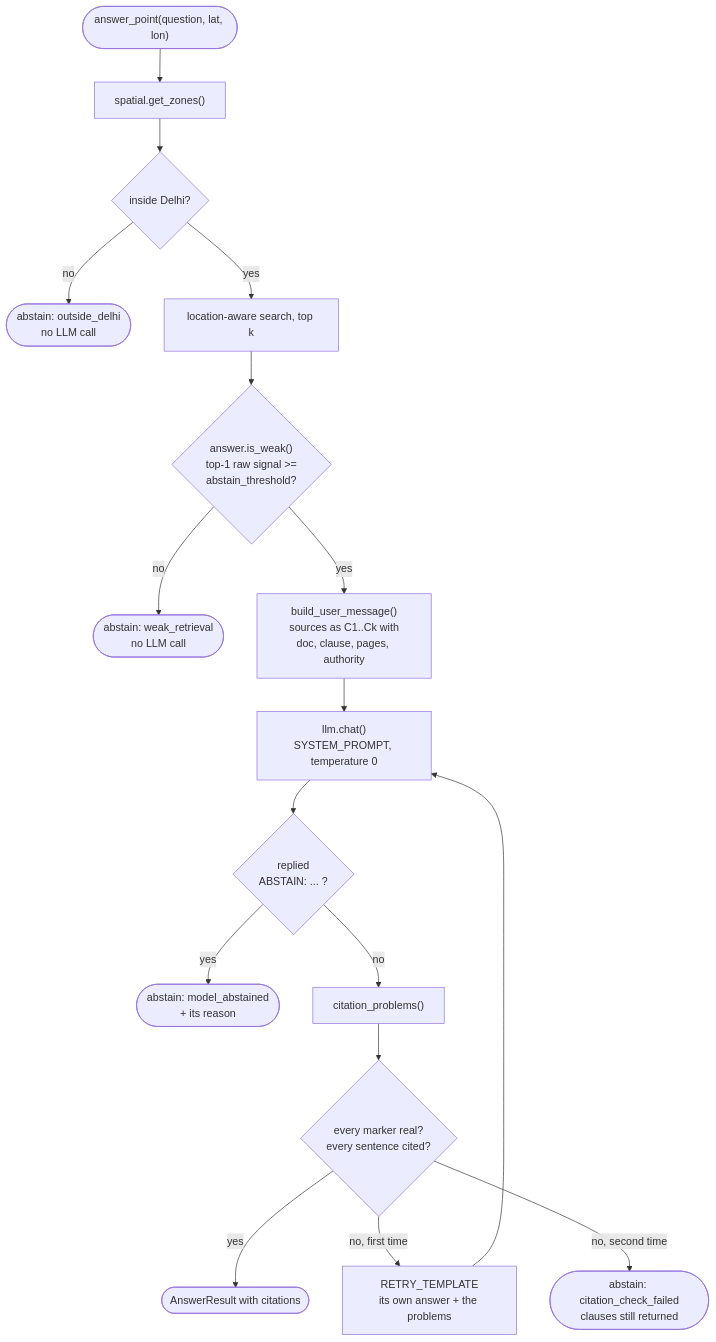
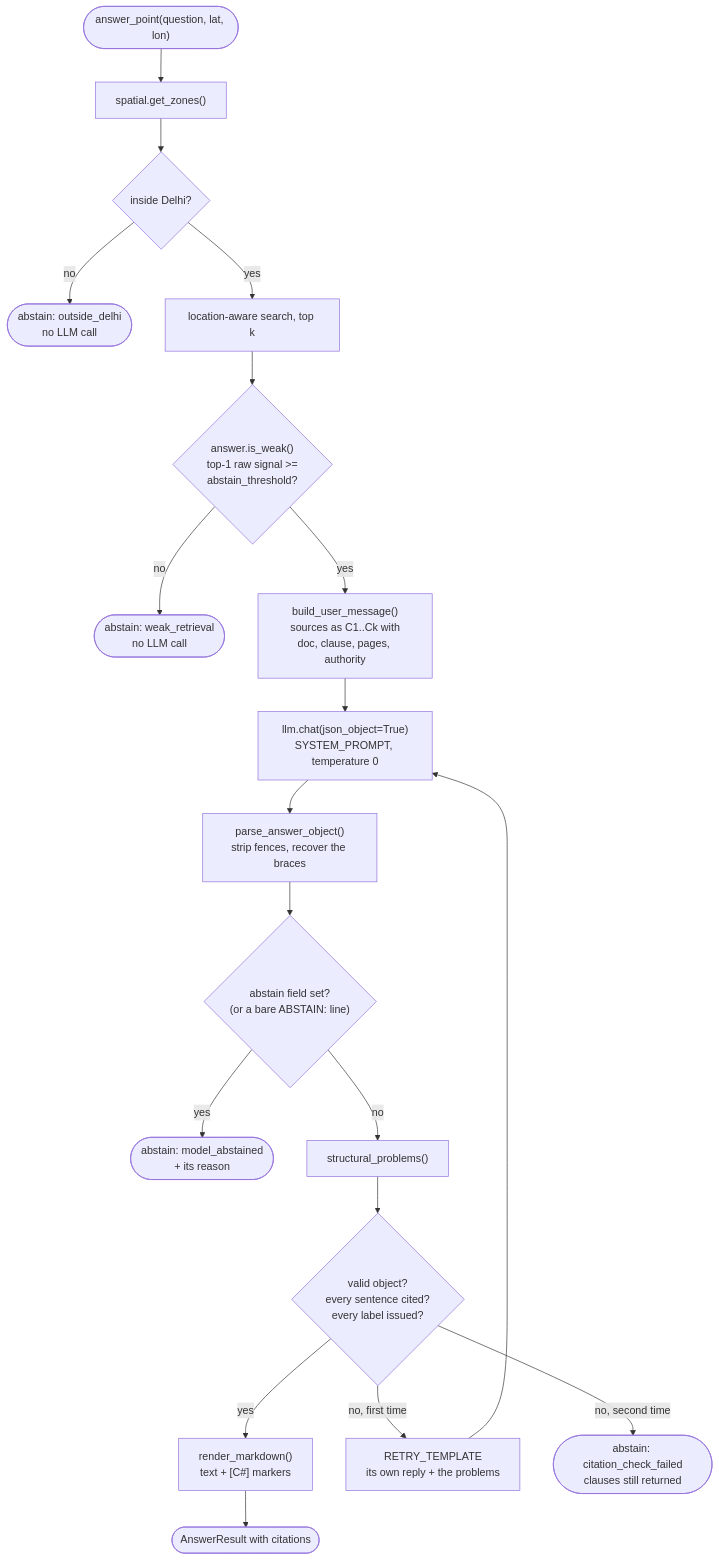
The fourth of 7 diagrams in docs/ARCHITECTURE.md (dhruv-ship-it/delhi-plan-rag), drawn with Mermaid before and after one commit. The commit also changed other lines of this file and 4 other files, not shown here.

First line of the commit message:
docs: architecture, learning notes and reports index for D-086 to D-090

````diff
--- a/docs/ARCHITECTURE.md
+++ b/docs/ARCHITECTURE.md
@@ -262,19 +282,21 @@
 ```mermaid
 flowchart TB
     ASK(["answer_point(question, lat, lon)"]) --> Z["spatial.get_zones()"]
     Z --> INDELHI{"inside Delhi?"}
     INDELHI -->|no| A1(["abstain: outside_delhi<br/>no LLM call"])
     INDELHI -->|yes| SEARCH["location-aware search, top k"]
     SEARCH --> WEAK{"answer.is_weak()<br/>top-1 raw signal >=<br/>abstain_threshold?"}
     WEAK -->|no| A2(["abstain: weak_retrieval<br/>no LLM call"])
     WEAK -->|yes| PROMPT["build_user_message()<br/>sources as C1..Ck with<br/>doc, clause, pages, authority"]
-    PROMPT --> CALL["llm.chat()<br/>SYSTEM_PROMPT, temperature 0"]
-    CALL --> SAID{"replied<br/>ABSTAIN: ... ?"}
+    PROMPT --> CALL["llm.chat(json_object=True)<br/>SYSTEM_PROMPT, temperature 0"]
+    CALL --> PARSE["parse_answer_object()<br/>strip fences, recover the braces"]
+    PARSE --> SAID{"abstain field set?<br/>(or a bare ABSTAIN: line)"}
     SAID -->|yes| A3(["abstain: model_abstained<br/>+ its reason"])
-    SAID -->|no| CHECK["citation_problems()"]
-    CHECK --> OK{"every marker real?<br/>every sentence cited?"}
-    OK -->|yes| GOOD(["AnswerResult with citations"])
-    OK -->|"no, first time"| RETRY["RETRY_TEMPLATE<br/>its own answer + the problems"]
+    SAID -->|no| CHECK["structural_problems()"]
+    CHECK --> OK{"valid object?<br/>every sentence cited?<br/>every label issued?"}
+    OK -->|yes| RENDER["render_markdown()<br/>text + [C#] markers"]
+    RENDER --> GOOD(["AnswerResult with citations"])
+    OK -->|"no, first time"| RETRY["RETRY_TEMPLATE<br/>its own reply + the problems"]
     RETRY --> CALL
     OK -->|"no, second time"| A4(["abstain: citation_check_failed<br/>clauses still returned"])
 ```
````
